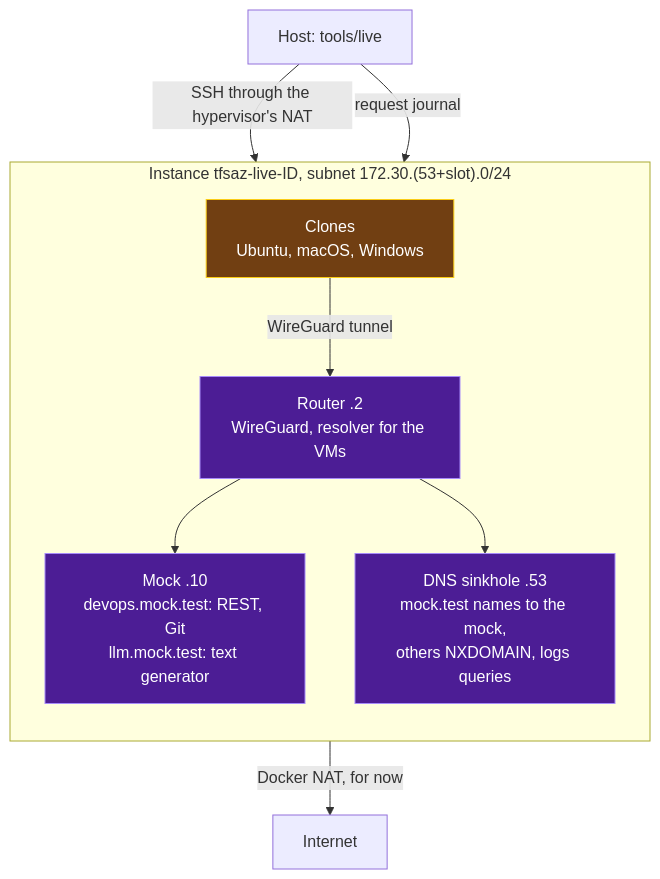
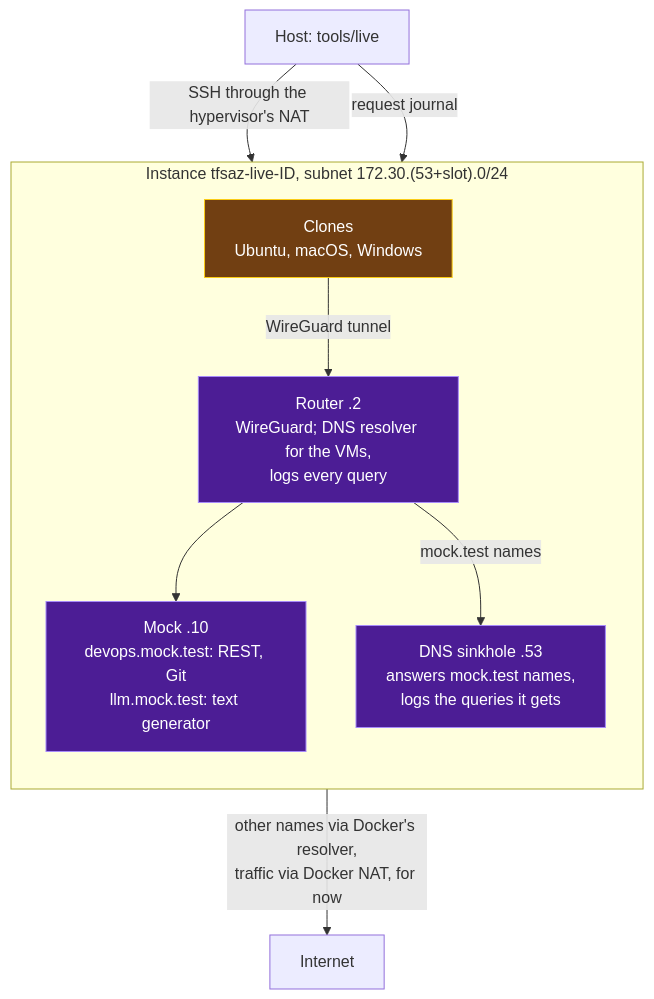
One commit to toolspell/tfsaz changed the second of 3 diagrams in docs/operations/live-tests-overview.md. Above: the diagram before and after it, drawn with Mermaid. The commit also changed other lines of this file and 12 other files, not shown here.

````diff
--- a/docs/operations/live-tests-overview.md
+++ b/docs/operations/live-tests-overview.md
@@ -51,22 +51,22 @@
 ```mermaid
 flowchart TB
   host["Host: tools/live"]
   subgraph inst["Instance tfsaz-live-ID, subnet 172.30.(53+slot).0/24"]
     direction TB
     clients["Clones<br/>Ubuntu, macOS, Windows"]
-    router["Router .2<br/>WireGuard, resolver for the VMs"]
+    router["Router .2<br/>WireGuard; DNS resolver for the VMs,<br/>logs every query"]
     mock["Mock .10<br/>devops.mock.test: REST, Git<br/>llm.mock.test: text generator"]
-    dns["DNS sinkhole .53<br/>mock.test names to the mock,<br/>others NXDOMAIN, logs queries"]
+    dns["DNS sinkhole .53<br/>answers mock.test names,<br/>logs the queries it gets"]
     clients -- "WireGuard tunnel" --> router
     router --> mock
-    router --> dns
+    router -- "mock.test names" --> dns
   end
   internet["Internet"]
   host -- "SSH through the hypervisor's NAT" --> clients
   host -- "request journal" --> mock
-  router -- "Docker NAT, for now" --> internet
+  router -- "other names via Docker's resolver,<br/>traffic via Docker NAT, for now" --> internet
   classDef instance fill:#713f12,stroke:#facc15,color:#fff
   classDef bed fill:#4c1d95,stroke:#a78bfa,color:#fff
   class clients instance
   class router,mock,dns bed
 ```
````
